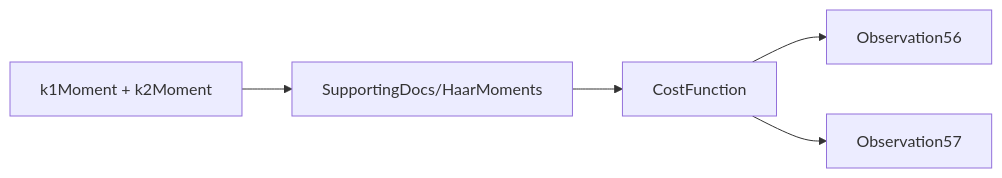
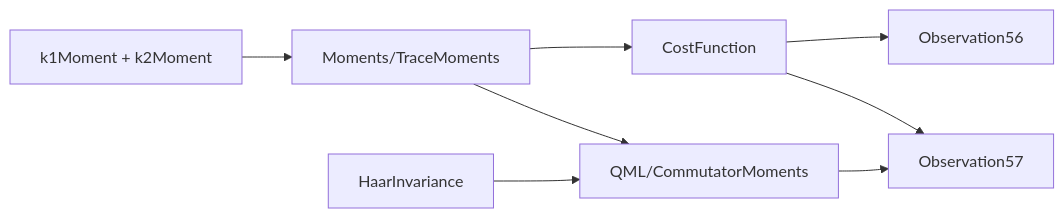
One commit to teng10/lean-haar changed the fourth of 6 diagrams in docs/ModuleMap.md. Above: the diagram before and after it, drawn with Mermaid. The commit also changed other lines of this file and 18 other files, not shown here.

````diff
--- a/docs/ModuleMap.md
+++ b/docs/ModuleMap.md
@@ -144,7 +187,10 @@
 ```mermaid
 flowchart LR
-  K["k1Moment + k2Moment"] --> H["SupportingDocs/HaarMoments"]
+  K["k1Moment + k2Moment"] --> H["Moments/TraceMoments"]
   H --> C["CostFunction"]
+  H --> G["QML/CommutatorMoments"]
+  I["HaarInvariance"] --> G
   C --> A["Observation56"]
   C --> B["Observation57"]
+  G --> B
 ```
````
